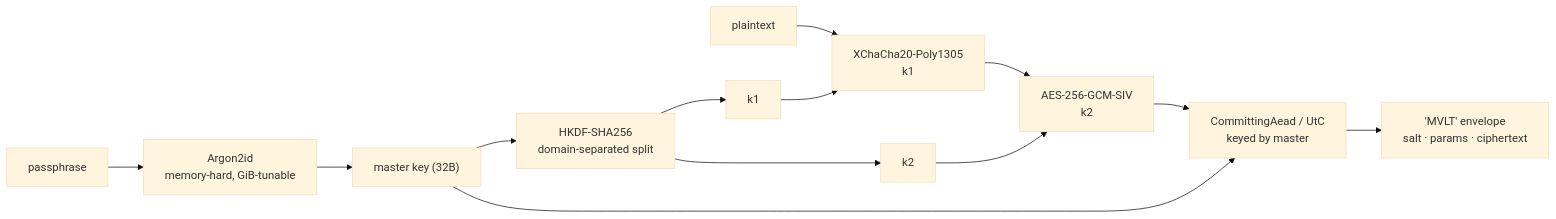
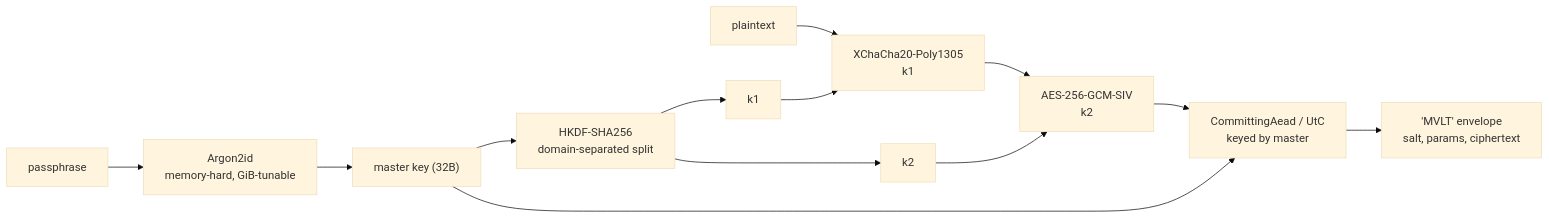
One commit to Crdzbird/CipherBird changed the second of 2 diagrams in README.md. Above: the diagram before and after it, drawn with Mermaid (base theme). The commit also changed other lines of this file and 414 other files, not shown here.

````diff
--- a/README.md
+++ b/README.md
@@ -141,15 +141,15 @@
 ```mermaid
 flowchart LR
   pw["passphrase"] --> ar["Argon2id<br/>memory-hard, GiB-tunable"]
   ar --> mk["master key (32B)"]
   mk --> hk["HKDF-SHA256<br/>domain-separated split"]
   hk --> k1["k1"]
   hk --> k2["k2"]
   pt["plaintext"] --> l1["XChaCha20-Poly1305<br/>k1"]
   k1 --> l1
   l1 --> l2["AES-256-GCM-SIV<br/>k2"]
   k2 --> l2
   l2 --> l3["CommittingAead / UtC<br/>keyed by master"]
   mk --> l3
-  l3 --> env["'MVLT' envelope<br/>salt · params · ciphertext"]
+  l3 --> env["'MVLT' envelope<br/>salt, params, ciphertext"]
 ```
````
